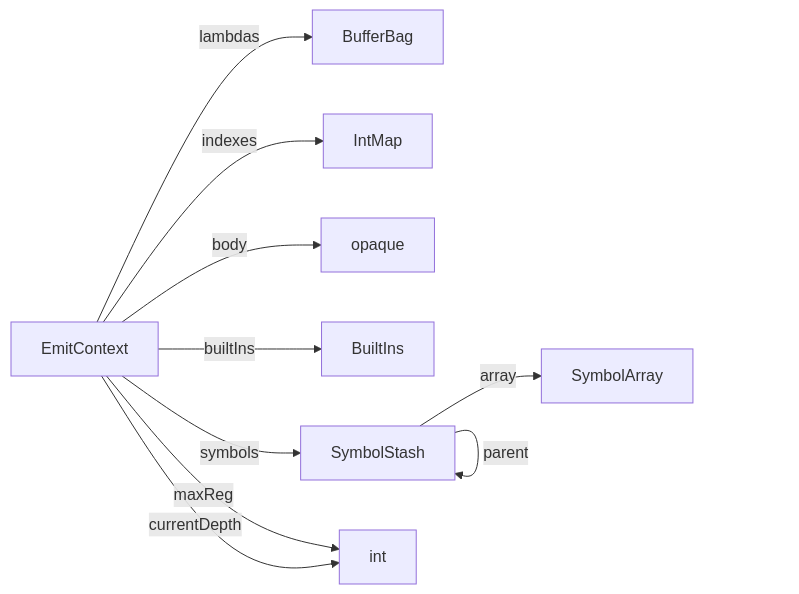
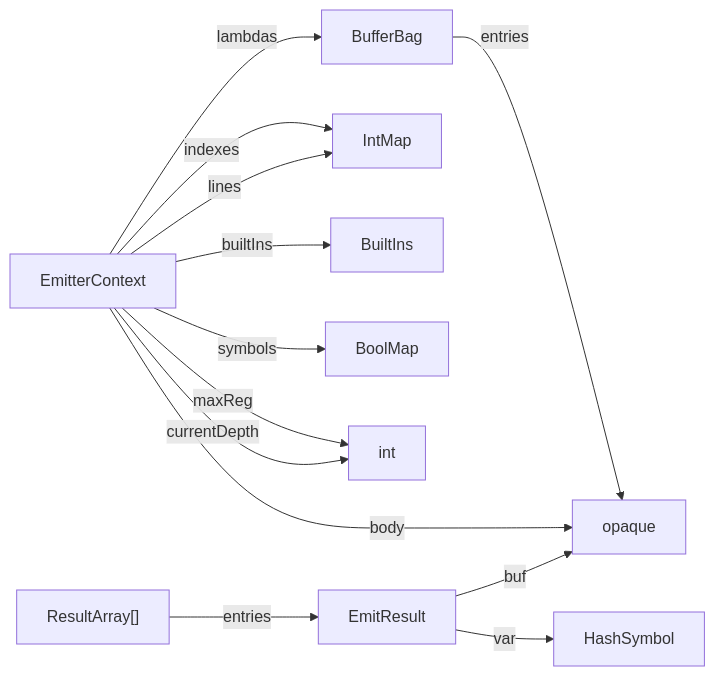
One commit to billhails/CEKF changed the diagram in docs/generated/emit.md. Above: the diagram before and after it, drawn with Mermaid. The commit also changed 7 other files, not shown here.

````diff
--- a/docs/generated/emit.md
+++ b/docs/generated/emit.md
@@ -5,12 +5,15 @@
 ```mermaid
 flowchart LR
-EmitContext --lambdas--> BufferBag
-EmitContext --indexes--> IntMap
-EmitContext --body--> opaque
-EmitContext --builtIns--> BuiltIns
-EmitContext --symbols--> SymbolStash
-EmitContext --maxReg--> int
-EmitContext --currentDepth--> int
-SymbolStash --array--> SymbolArray
-SymbolStash --parent--> SymbolStash
+BufferBag --entries--> opaque
+EmitterContext --lambdas--> BufferBag
+EmitterContext --indexes--> IntMap
+EmitterContext --body--> opaque
+EmitterContext --builtIns--> BuiltIns
+EmitterContext --symbols--> BoolMap
+EmitterContext --lines--> IntMap
+EmitterContext --maxReg--> int
+EmitterContext --currentDepth--> int
+EmitResult --var--> HashSymbol
+EmitResult --buf--> opaque
+ResultArray["ResultArray[]"] --entries--> EmitResult
 ```
````
